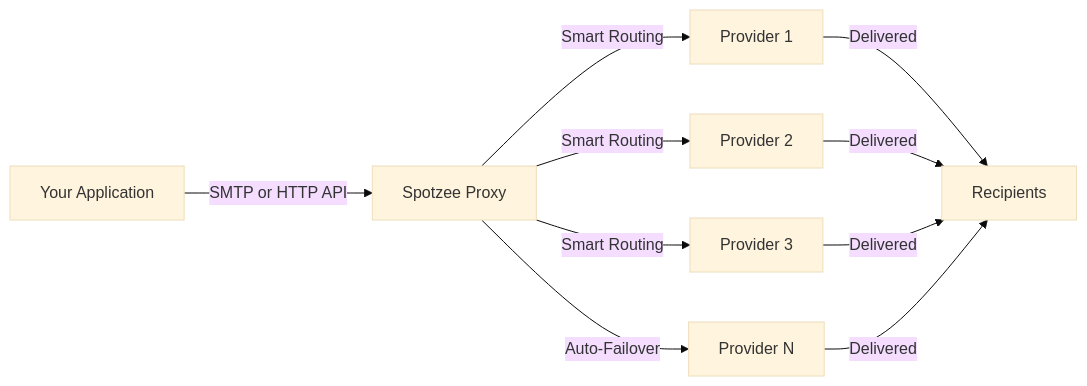
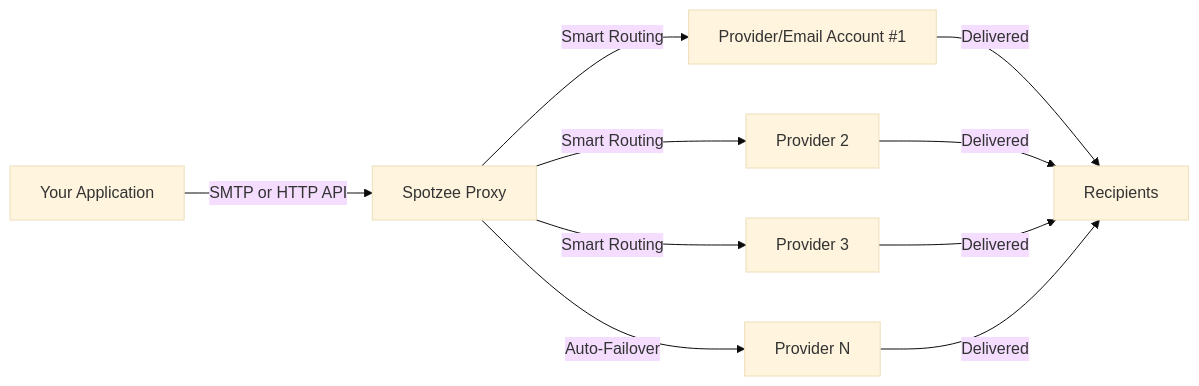
Before and after one commit to spotzee-marketing/email-proxy-mailwizz-extension: the diagram in README.md, drawn with Mermaid (base theme). The commit also changed other lines of this file, not shown here.

````diff
--- a/README.md
+++ b/README.md
@@ -64,12 +64,12 @@
 ```mermaid
 graph LR
     A[Your Application] -->|SMTP or HTTP API| B[Spotzee Proxy]
-    B -->|Smart Routing| C[Provider 1]
+    B -->|Smart Routing| C[Provider/Email Account #1]
     B -->|Smart Routing| D[Provider 2]
     B -->|Smart Routing| E[Provider 3]
     B -->|Auto-Failover| F[Provider N]
     C -->|Delivered| G[Recipients]
     D -->|Delivered| G
     E -->|Delivered| G
     F -->|Delivered| G
 ```
````
